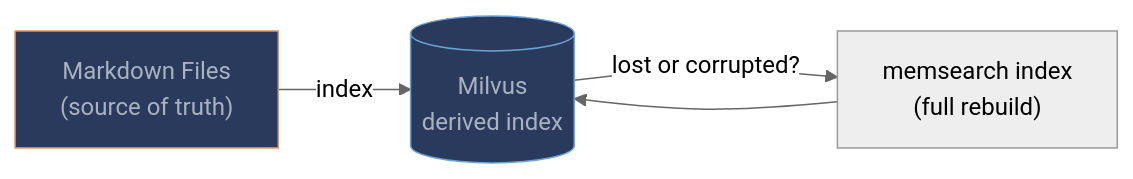
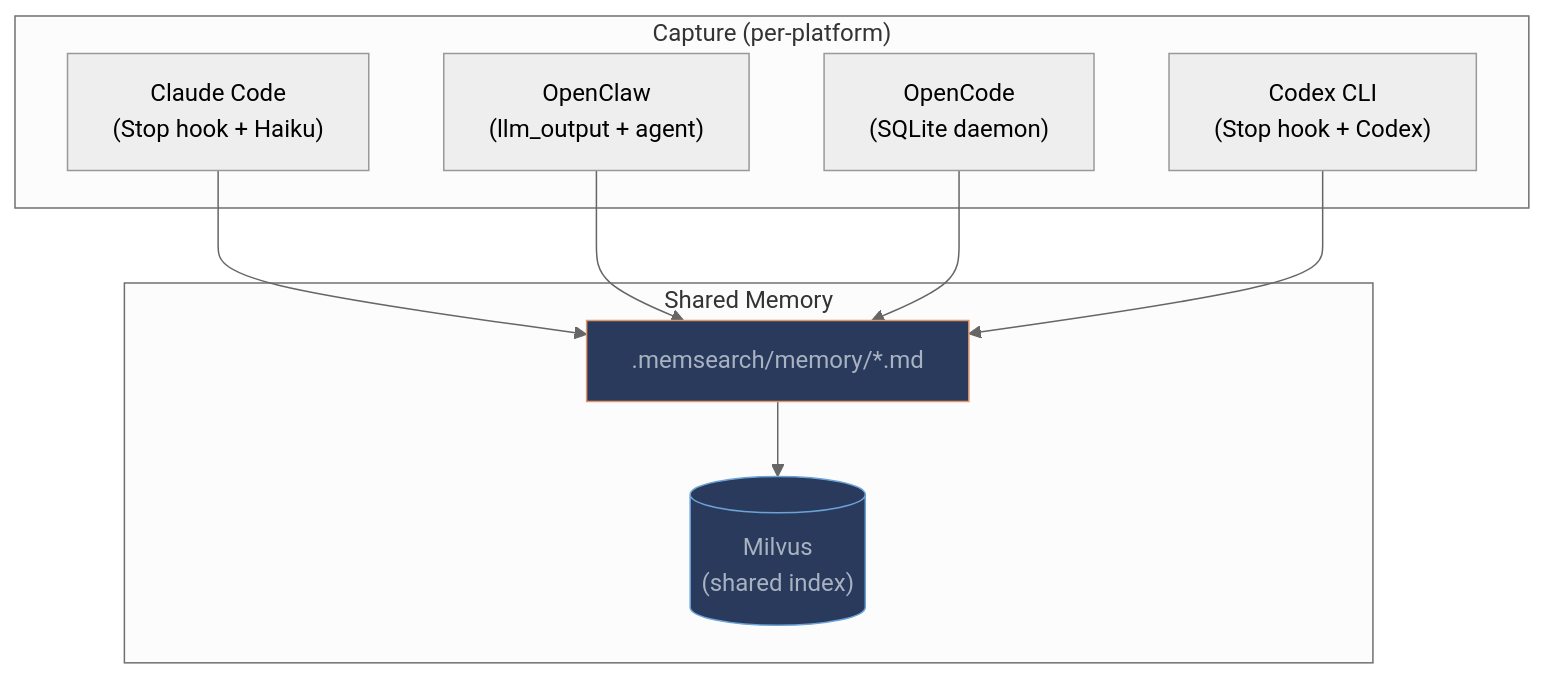
One commit to zilliztech/memsearch changed the first of 10 diagrams in docs/architecture.md. Above: the diagram before and after it, drawn with Mermaid (neutral theme). The commit also changed other lines of this file and 23 other files, not shown here.

````diff
--- a/docs/architecture.md
+++ b/docs/architecture.md
@@ -28,9 +11,20 @@
 ```mermaid
-graph LR
-    MD["Markdown Files<br>(source of truth)"] -->|index| MIL[(Milvus<br>derived index)]
-    MIL -->|lost or corrupted?| REBUILD["memsearch index<br>(full rebuild)"]
-    REBUILD --> MIL
+graph TB
+    subgraph "Capture (per-platform)"
+        CC["Claude Code<br/>(Stop hook + Haiku)"]
+        OC["OpenClaw<br/>(llm_output + agent)"]
+        OO["OpenCode<br/>(SQLite daemon)"]
+        CX["Codex CLI<br/>(Stop hook + Codex)"]
+    end
+
+    subgraph "Shared Memory"
+        MD[".memsearch/memory/*.md"]
+        MIL[("Milvus<br/>(shared index)")]
+    end
+
+    CC & OC & OO & CX --> MD
+    MD --> MIL
 
     style MD fill:#2a3a5c,stroke:#e0976b,color:#a8b2c1
     style MIL fill:#2a3a5c,stroke:#6ba3d6,color:#a8b2c1
 ```
````
